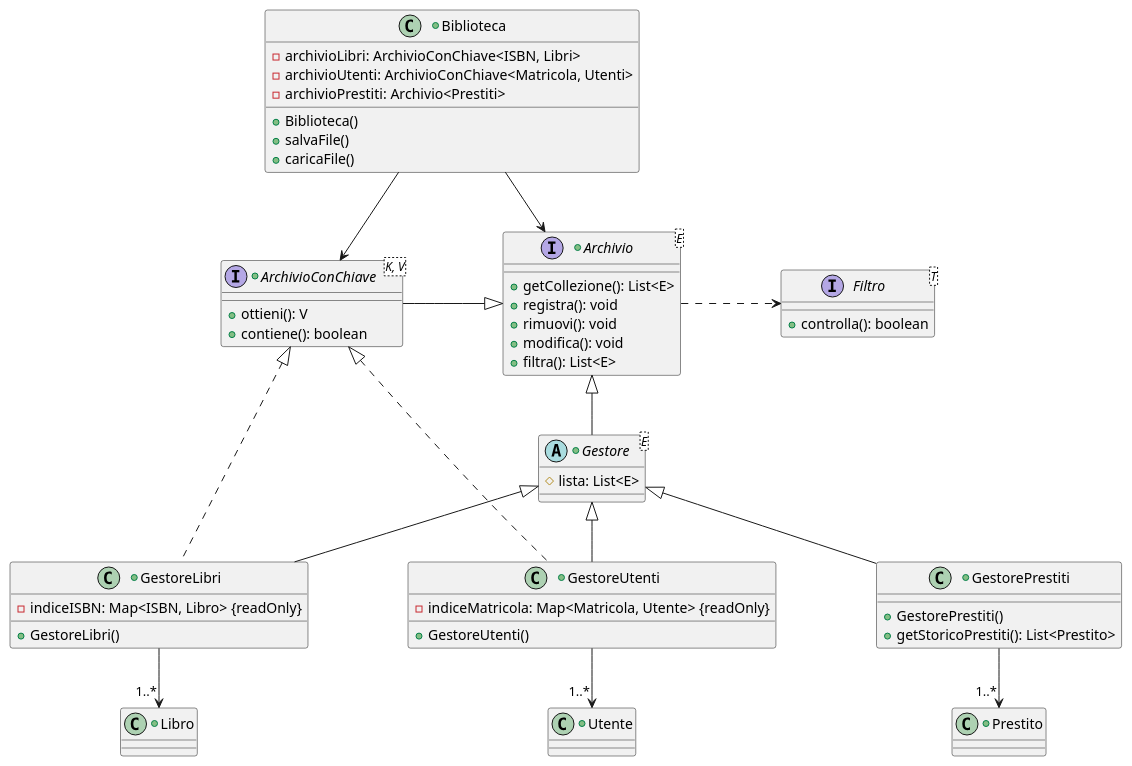
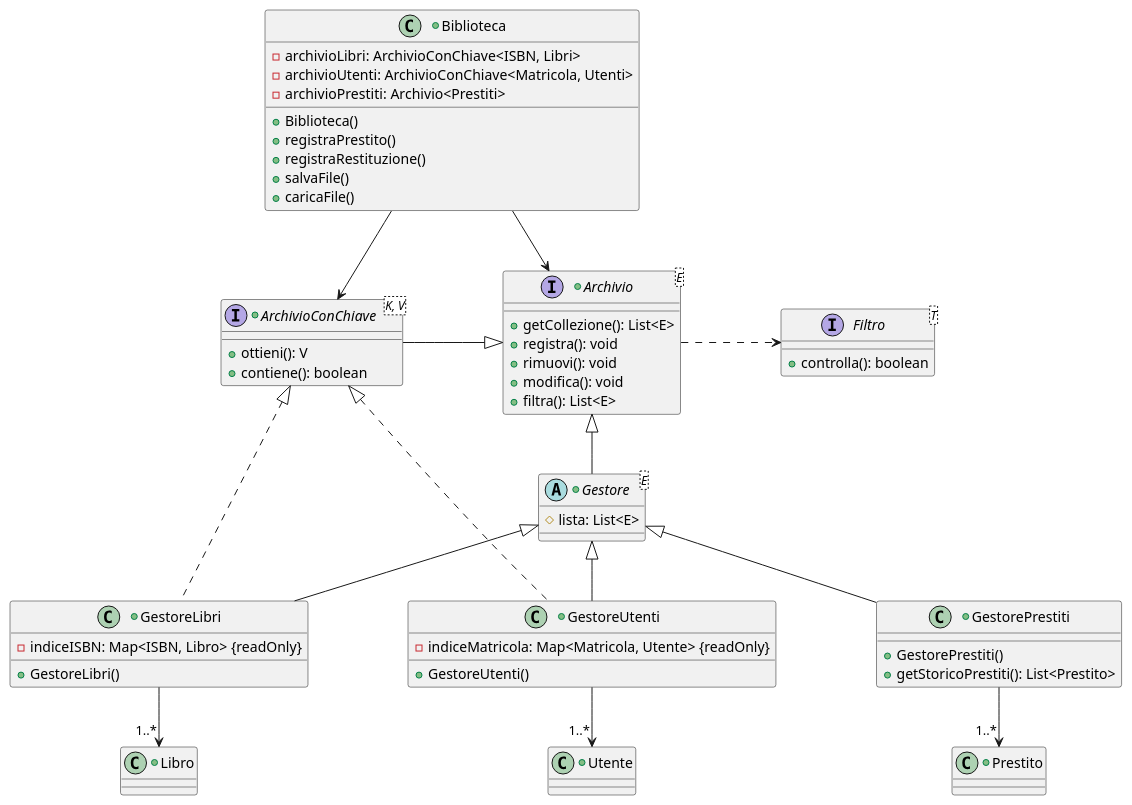
One commit to Meziu/easylibrary changed the diagram in docs/uml/classesGestori.puml. Above: the diagram before and after it, drawn with PlantUML. The commit also changed 8 other files, not shown here.

```diff
--- a/docs/uml/classesGestori.puml
+++ b/docs/uml/classesGestori.puml
@@ -1,85 +1,87 @@
 @startuml
 'skinparam classAttributeIconSize 0
 skinparam nodesep 100
 
 interface Filtro<T> {
     +controlla(): boolean
 }
 
 together {
     +interface Archivio<E> {
         +getCollezione(): List<E>
         +registra(): void
         +rimuovi(): void
         +modifica(): void
         +filtra(): List<E>
     }
 
     +interface ArchivioConChiave<K, V> {
         +ottieni(): V
         +contiene(): boolean
     }
 }
 
 +class Utente {
 }
 
 +class Libro{
 }
 
 +class Prestito{
 }
 
 
 +class Biblioteca {
     -archivioLibri: ArchivioConChiave<ISBN, Libri>
     -archivioUtenti: ArchivioConChiave<Matricola, Utenti>
     -archivioPrestiti: Archivio<Prestiti>
 
     +Biblioteca()
+    +registraPrestito()
+    +registraRestituzione()
     +salvaFile()
     +caricaFile()
 }
 
 +abstract class Gestore<E> {
     #lista: List<E>
 }
 
 together {
     +class GestoreLibri extends Gestore {
 
         -indiceISBN: Map<ISBN, Libro> {readOnly}
 
         +GestoreLibri()
     }
 
 
     +class GestoreUtenti extends Gestore {
         -indiceMatricola: Map<Matricola, Utente> {readOnly}
 
         +GestoreUtenti()
     }
 
 
     +class GestorePrestiti extends Gestore {
 
         +GestorePrestiti()
         +getStoricoPrestiti(): List<Prestito>
     }
 }
 
 Gestore -up-|> Archivio
 
 Biblioteca --> Archivio
 Biblioteca --> ArchivioConChiave
 
 ArchivioConChiave -right-|> Archivio
 Archivio .right.> Filtro
 
 GestoreLibri .up.|> ArchivioConChiave
 GestoreUtenti .up.|> ArchivioConChiave
 
 GestoreUtenti --> "1..*" Utente
 GestoreLibri --> "1..*" Libro
 GestorePrestiti --> "1..*" Prestito
 @enduml
```
